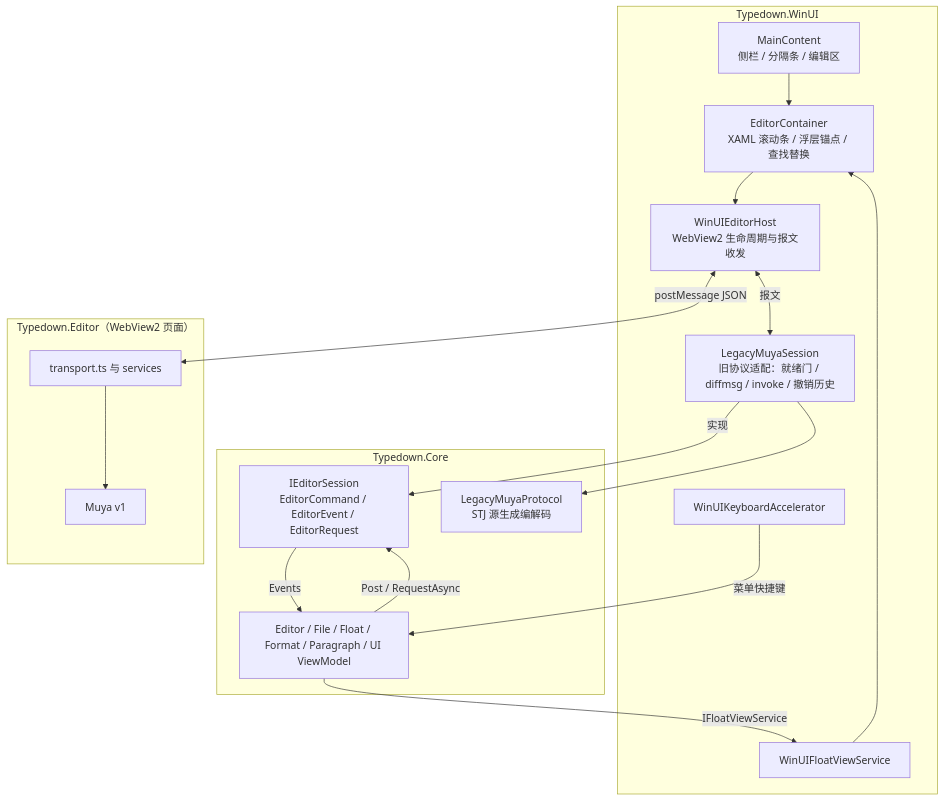
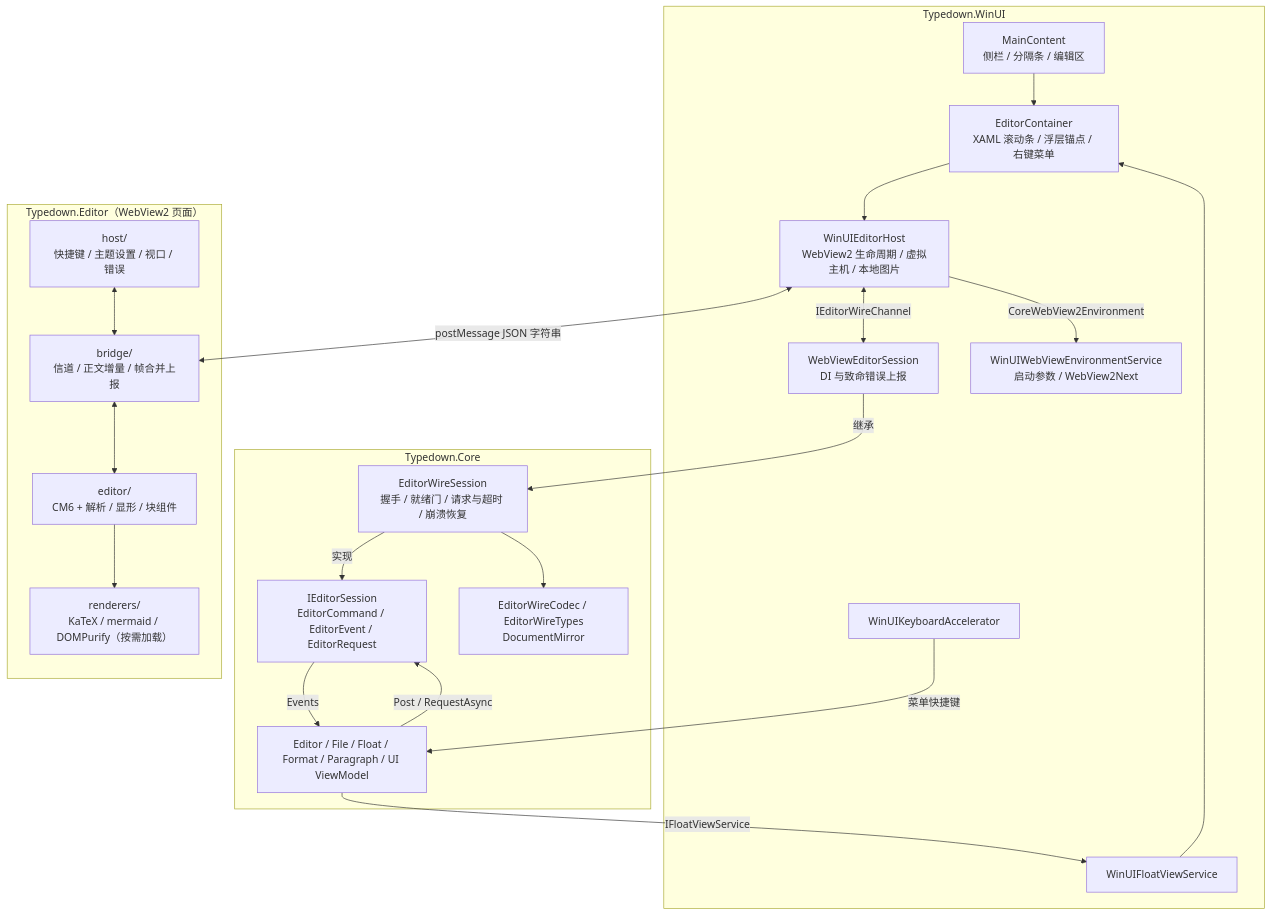
Before and after one commit to awarson2233/Typedown: the first of 8 diagrams in docs/architecture.md, drawn with Mermaid. The commit also changed other lines of this file and 2 other files, not shown here.

First line of the commit message:
Describe the new editor engine in architecture.md

````diff
--- a/docs/architecture.md
+++ b/docs/architecture.md
@@ -21,26 +21,36 @@
 ```mermaid
 flowchart TB
     subgraph WinUI["Typedown.WinUI"]
-        MC["MainContent<br/>侧栏 / 分隔条 / 编辑区"] --> EC["EditorContainer<br/>XAML 滚动条 / 浮层锚点 / 查找替换"]
-        EC --> Host["WinUIEditorHost<br/>WebView2 生命周期与报文收发"]
-        Session["LegacyMuyaSession<br/>旧协议适配：就绪门 / diffmsg / invoke / 撤销历史"]
+        MC["MainContent<br/>侧栏 / 分隔条 / 编辑区"] --> EC["EditorContainer<br/>XAML 滚动条 / 浮层锚点 / 右键菜单"]
+        EC --> Host["WinUIEditorHost<br/>WebView2 生命周期 / 虚拟主机 / 本地图片"]
+        Session["WebViewEditorSession<br/>DI 与致命错误上报"]
+        Env["WinUIWebViewEnvironmentService<br/>启动参数 / WebView2Next"]
         Float["WinUIFloatViewService"] --> EC
         Keys["WinUIKeyboardAccelerator"]
     end
     subgraph Core["Typedown.Core"]
         Contract["IEditorSession<br/>EditorCommand / EditorEvent / EditorRequest"]
-        Codec["LegacyMuyaProtocol<br/>STJ 源生成编解码"]
+        Wire["EditorWireSession<br/>握手 / 就绪门 / 请求与超时 / 崩溃恢复"]
+        Codec["EditorWireCodec / EditorWireTypes<br/>DocumentMirror"]
         VM["Editor / File / Float / Format / Paragraph / UI ViewModel"]
     end
     subgraph Page["Typedown.Editor（WebView2 页面）"]
-        TS["transport.ts 与 services"] --> Muya["Muya v1"]
+        Bridge["bridge/<br/>信道 / 正文增量 / 帧合并上报"]
+        HostMods["host/<br/>快捷键 / 主题设置 / 视口 / 错误"]
+        Engine["editor/<br/>CM6 + 解析 / 显形 / 块组件"]
+        Render["renderers/<br/>KaTeX / mermaid / DOMPurify（按需加载）"]
     end
-    Host <-->|"postMessage JSON"| TS
-    Host <-->|"报文"| Session
-    Session -->|"实现"| Contract
-    Session --> Codec
+    Host -->|"CoreWebView2Environment"| Env
+    Host <-->|"postMessage JSON 字符串"| Bridge
+    Host <-->|"IEditorWireChannel"| Session
+    Session -->|"继承"| Wire
+    Wire -->|"实现"| Contract
+    Wire --> Codec
     VM -->|"Post / RequestAsync"| Contract
     Contract -->|"Events"| VM
     VM -->|"IFloatViewService"| Float
     Keys -->|"菜单快捷键"| VM
+    Bridge <--> Engine
+    HostMods <--> Bridge
+    Engine --> Render
 ```
````
